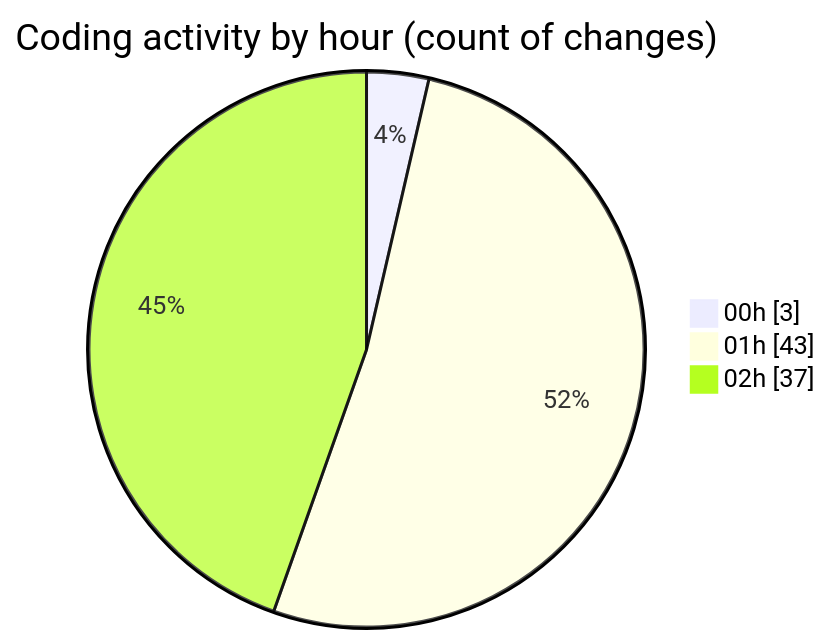
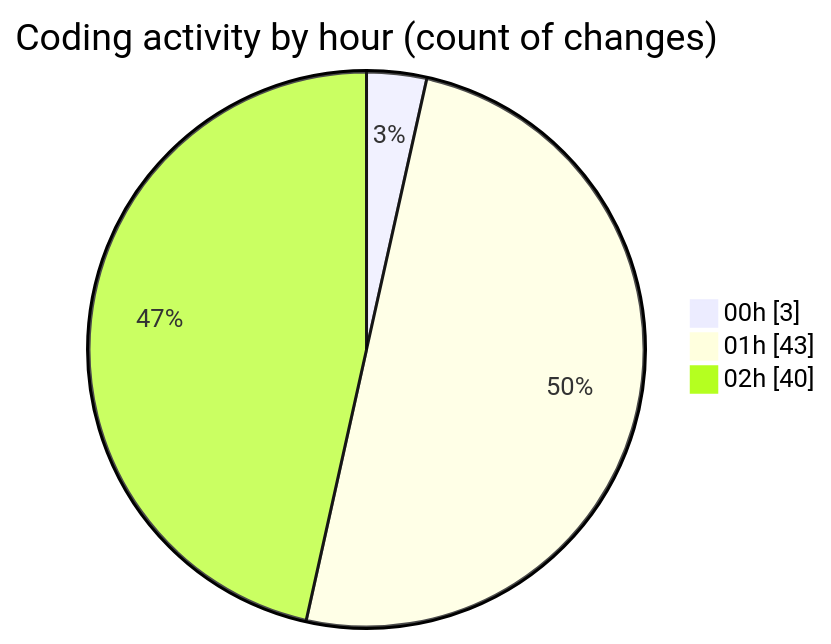
Before and after one commit to mevix1/code-tracking: the second of 2 diagrams in 2025-10-02/oura-api/README.md, drawn with Mermaid. The commit also changed other lines of this file and 1 other file, not shown here.

````diff
--- a/2025-10-02/oura-api/README.md
+++ b/2025-10-02/oura-api/README.md
@@ -91,7 +93,7 @@
 ```mermaid
 pie showData
 title Coding activity by hour (count of changes)
 "00h" : 3
 "01h" : 43
-"02h" : 37
+"02h" : 40
 ```
````
